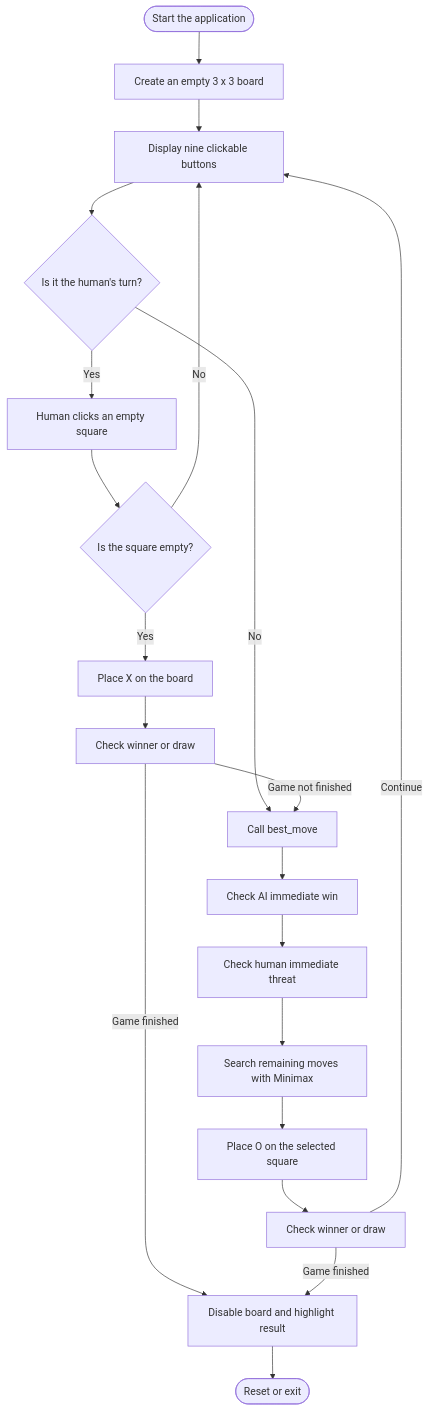
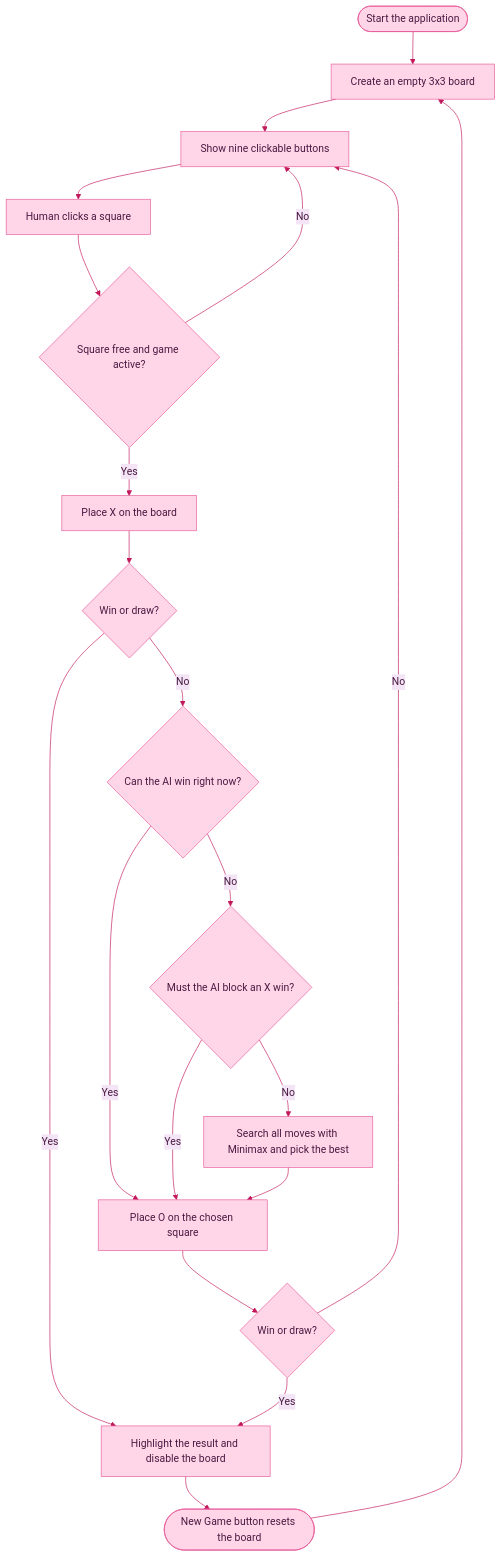
The first of 3 diagrams in README.md (sairshiekh1725/2025-S-CYS-72-RIDA_WAHEED_AI_LAB), drawn with Mermaid before and after one commit. The commit also changed other lines of this file, not shown here.

First line of the commit message:
Revise README for Tic-Tac-Toe game

````diff
--- a/README.md
+++ b/README.md
@@ -48,22 +78,23 @@
 ```mermaid
+%%{init: {'theme':'base','themeVariables':{'primaryColor':'#ffd6e7','primaryBorderColor':'#e75a9a','primaryTextColor':'#4a1942','lineColor':'#c2185b','secondaryColor':'#f3e5f5','tertiaryColor':'#fff0f6'}}}%%
 flowchart TD
-    A([Start the application]) --> B[Create an empty 3 x 3 board]
-    B --> C[Display nine clickable buttons]
-    C --> D{Is it the human's turn?}
-    D -->|Yes| E[Human clicks an empty square]
-    E --> F{Is the square empty?}
-    F -->|No| C
-    F -->|Yes| G[Place X on the board]
-    G --> H[Check winner or draw]
-    D -->|No| I[Call best_move]
-    H -->|Game not finished| I
-    I --> J[Check AI immediate win]
-    J --> K[Check human immediate threat]
-    K --> L[Search remaining moves with Minimax]
-    L --> M[Place O on the selected square]
-    M --> N[Check winner or draw]
-    H -->|Game finished| O[Disable board and highlight result]
-    N -->|Game finished| O
-    N -->|Continue| C
-    O --> P([Reset or exit])
+    A([Start the application]) --> B[Create an empty 3x3 board]
+    B --> C[Show nine clickable buttons]
+    C --> D[Human clicks a square]
+    D --> E{Square free and game active?}
+    E -->|No| C
+    E -->|Yes| F[Place X on the board]
+    F --> G{Win or draw?}
+    G -->|Yes| Z[Highlight the result and disable the board]
+    G -->|No| H{Can the AI win right now?}
+    H -->|Yes| M[Place O on the chosen square]
+    H -->|No| I{Must the AI block an X win?}
+    I -->|Yes| M
+    I -->|No| L[Search all moves with Minimax and pick the best]
+    L --> M
+    M --> N{Win or draw?}
+    N -->|Yes| Z
+    N -->|No| C
+    Z --> R([New Game button resets the board])
+    R --> B
 ```
````
